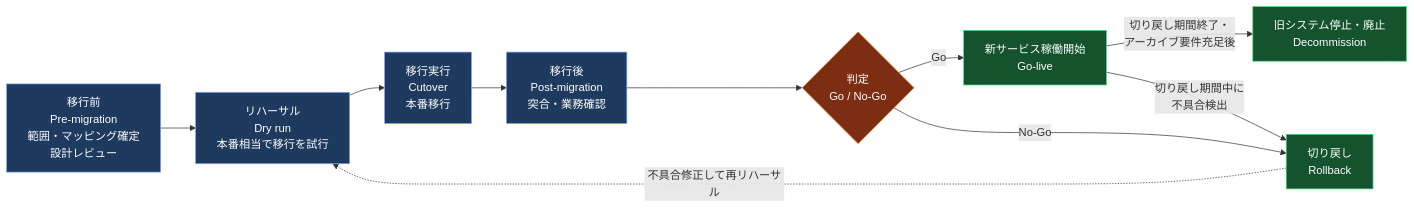
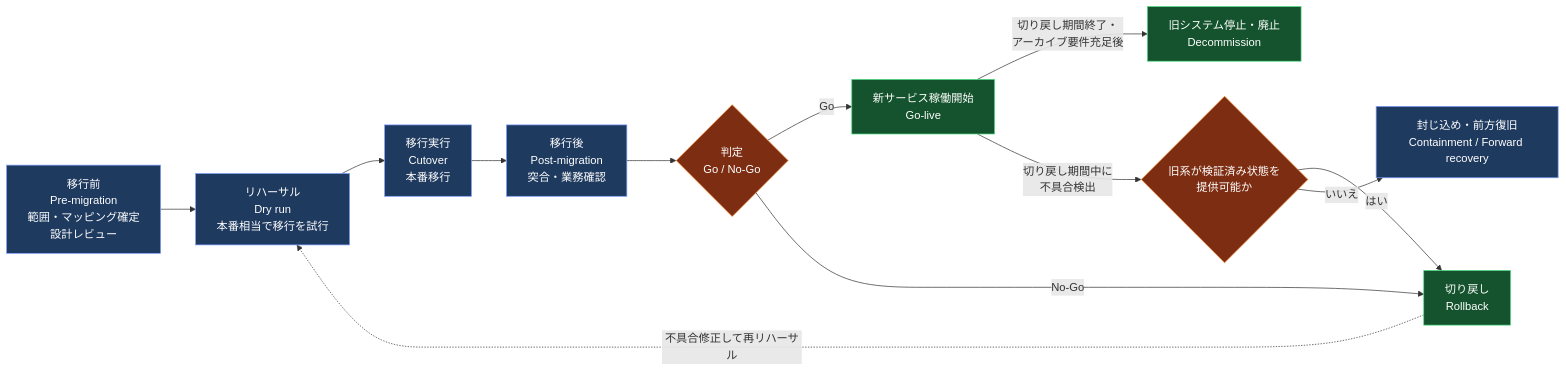
The sixth of 10 diagrams in Iso-29119-14-guide.md (myoshi2891/Quality-Assurance-Studies), drawn with Mermaid before and after one commit. The commit also changed other lines of this file and 1 other file, not shown here.

Commit message:
fix(iso29119-14): refine rollback decisions, CDC checkpoint guidance, and decommission checklist

````diff
--- a/Iso-29119-14-guide.md
+++ b/Iso-29119-14-guide.md
@@ -308,19 +308,21 @@
 ```mermaid
 flowchart LR
     PH1["移行前<br/>Pre-migration<br/>範囲・マッピング確定<br/>設計レビュー"] --> PH2["リハーサル<br/>Dry run<br/>本番相当で移行を試行"]
     PH2 --> PH3["移行実行<br/>Cutover<br/>本番移行"]
     PH3 --> PH4["移行後<br/>Post-migration<br/>突合・業務確認"]
     PH4 --> PH5{"判定<br/>Go / No-Go"}
     PH5 -->|"Go"| PH6["新サービス稼働開始<br/>Go-live"]
     PH6 -->|"切り戻し期間終了・<br/>アーカイブ要件充足後"| PH8["旧システム停止・廃止<br/>Decommission"]
     PH5 -->|"No-Go"| PH7["切り戻し<br/>Rollback"]
-    PH6 -->|"切り戻し期間中に<br/>不具合検出"| PH7
+    PH6 -->|"切り戻し期間中に<br/>不具合検出"| PH9{"旧系が検証済み状態を<br/>提供可能か"}
+    PH9 -->|"はい"| PH7
+    PH9 -->|"いいえ"| PH10["封じ込め・前方復旧<br/>Containment / Forward recovery"]
     PH7 -. "不具合修正して再リハーサル" .-> PH2
 
     classDef phase fill:#1f3a5f,stroke:#7c9eff,color:#ffffff
     classDef decide fill:#7c2d12,stroke:#fb923c,color:#ffffff
     classDef endok fill:#14532d,stroke:#4ade80,color:#ffffff
-    class PH1,PH2,PH3,PH4 phase
-    class PH5 decide
+    class PH1,PH2,PH3,PH4,PH10 phase
+    class PH5,PH9 decide
     class PH6,PH7,PH8 endok
 ```
````
